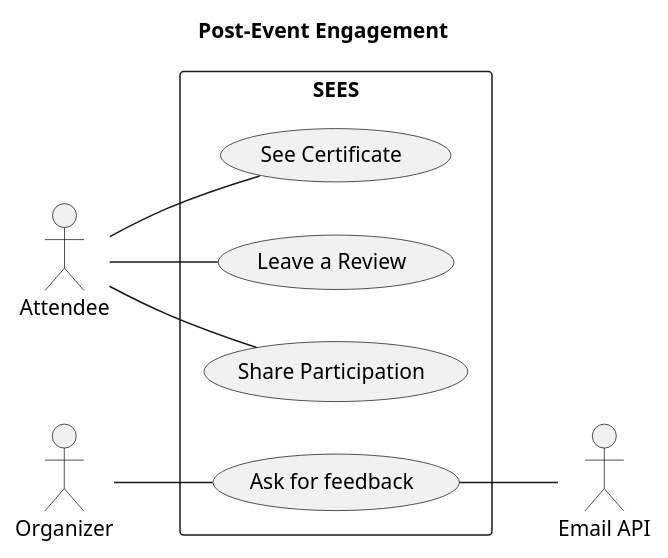
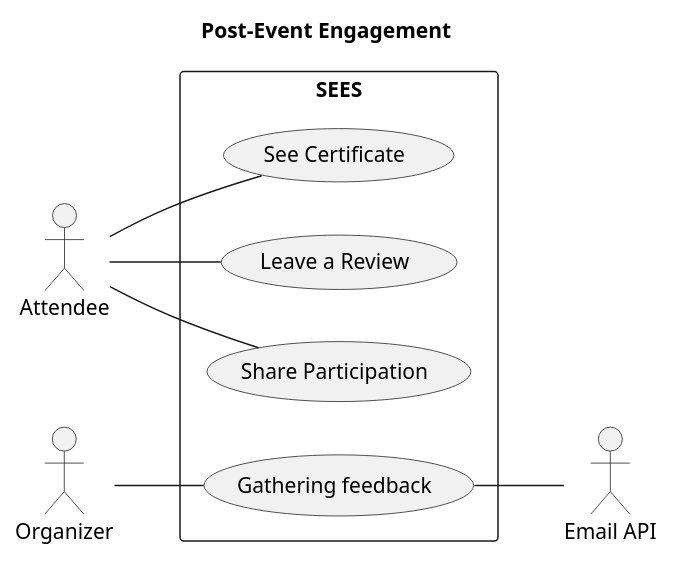
One commit to DominiqueProulx/SOEN343-PartyPoopers changed the diagram in Documentation/Use Case/ucd_PostEvent_Engagement.puml. Above: the diagram before and after it, drawn with PlantUML.

Commit message:
fixed a typo

```diff
--- a/Documentation/Use Case/ucd_PostEvent_Engagement.puml
+++ b/Documentation/Use Case/ucd_PostEvent_Engagement.puml
@@ -1,25 +1,25 @@
 @startuml
 title Post-Event Engagement
 left to right direction
 actor "Attendee" as Attendee
 actor "Organizer" as org
 
 rectangle SEES {
   usecase "Leave a Review" as review
   usecase "Share Participation" as share
-  usecase "Ask for feedback" as feedback
+  usecase "Gathering feedback" as feedback
   usecase "See Certificate" as certificate
 
 }
 
 
 
 Attendee -- review
 Attendee -- share
 org -- feedback
 Attendee -- certificate
 
 actor "Email API" as api
 feedback -- api
 
 @enduml
```
